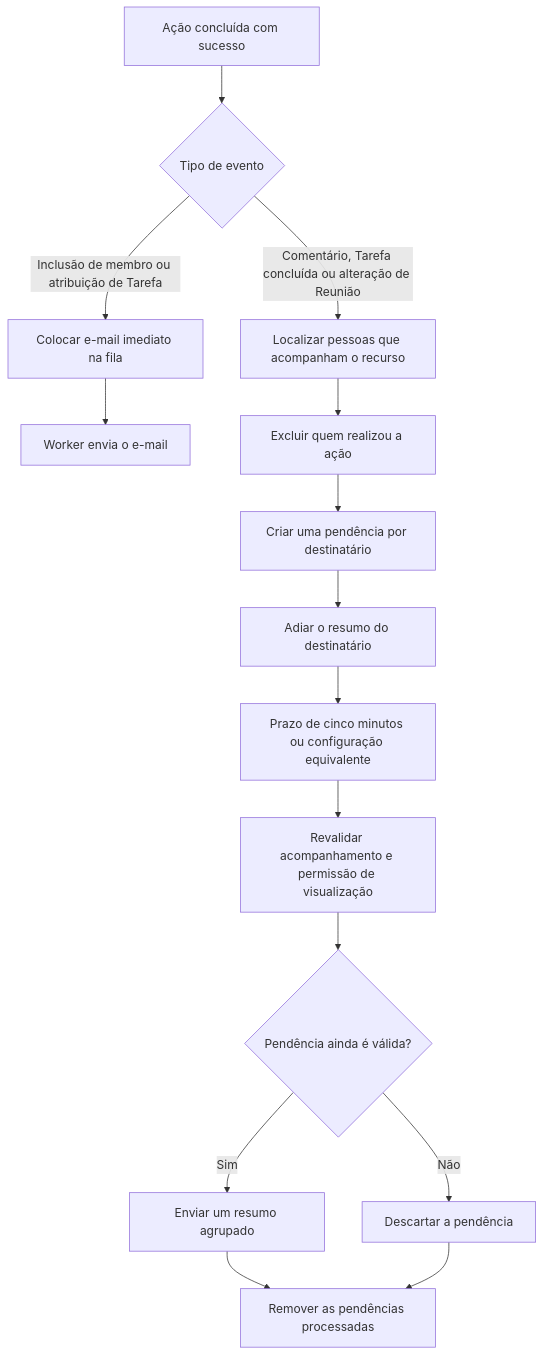
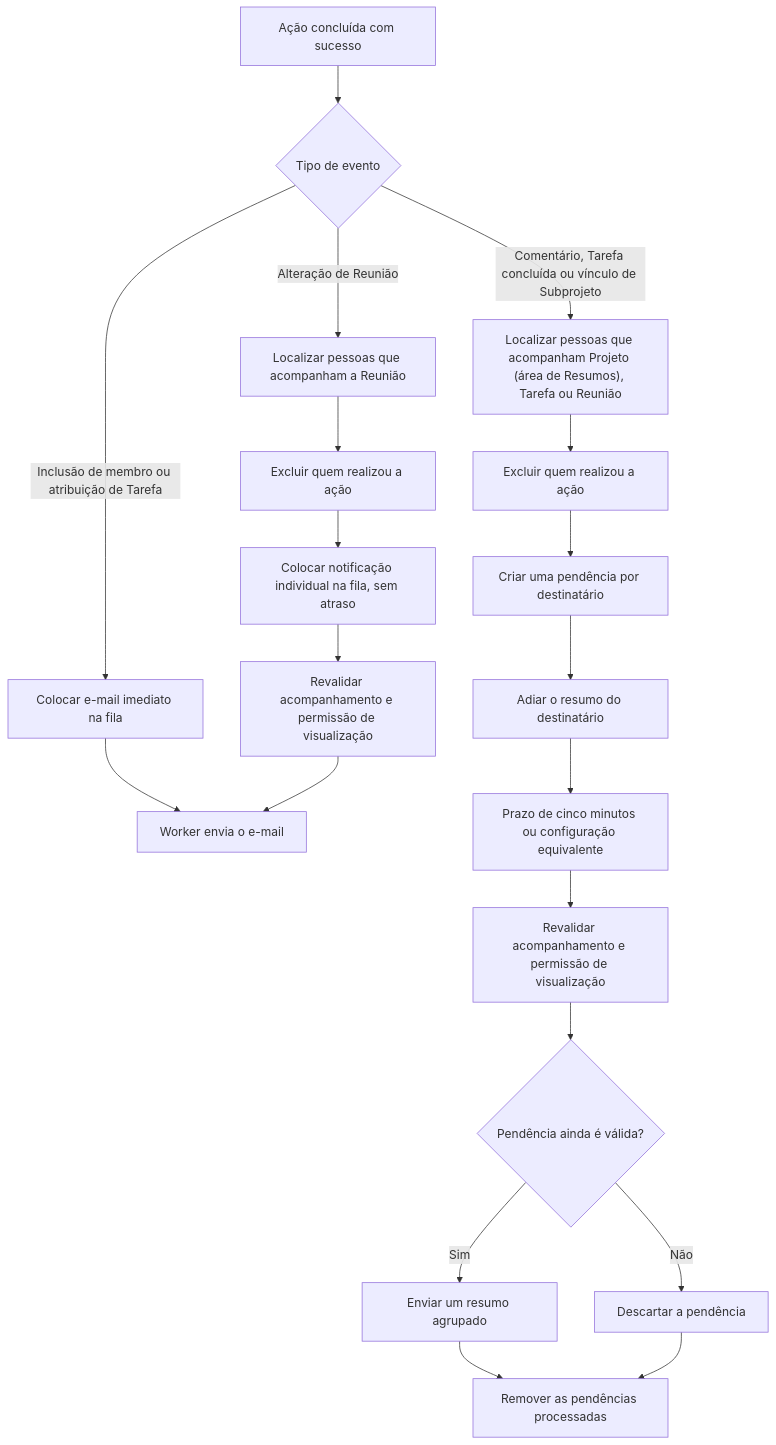
The diagram in docs/user-friendly/email/notificacoes.md (uspdev/gestao-projetos), drawn with Mermaid before and after one commit. The commit also changed other lines of this file and 11 other files, not shown here.

````diff
--- a/docs/user-friendly/email/notificacoes.md
+++ b/docs/user-friendly/email/notificacoes.md
@@ -47,18 +52,24 @@
 ```mermaid
 flowchart TD
     evento["Ação concluída com sucesso"] --> tipo{"Tipo de evento"}
     tipo -->|"Inclusão de membro ou atribuição de Tarefa"| imediato["Colocar e-mail imediato na fila"]
     imediato --> envio["Worker envia o e-mail"]
 
-    tipo -->|"Comentário, Tarefa concluída ou alteração de Reunião"| acompanhamento["Localizar pessoas que acompanham o recurso"]
+    tipo -->|"Alteração de Reunião"| reuniao["Localizar pessoas que acompanham a Reunião"]
+    reuniao --> excluirAutorReuniao["Excluir quem realizou a ação"]
+    excluirAutorReuniao --> imediatoReuniao["Colocar notificação individual na fila, sem atraso"]
+    imediatoReuniao --> revalidarReuniao["Revalidar acompanhamento e permissão de visualização"]
+    revalidarReuniao --> envio
+
+    tipo -->|"Comentário, Tarefa concluída ou vínculo de Subprojeto"| acompanhamento["Localizar pessoas que acompanham Projeto (área de Resumos), Tarefa ou Reunião"]
     acompanhamento --> excluirAutor["Excluir quem realizou a ação"]
     excluirAutor --> pendencia["Criar uma pendência por destinatário"]
     pendencia --> adiar["Adiar o resumo do destinatário"]
     adiar --> prazo["Prazo de cinco minutos ou configuração equivalente"]
     prazo --> revalidar["Revalidar acompanhamento e permissão de visualização"]
     revalidar --> valido{"Pendência ainda é válida?"}
     valido -->|"Sim"| resumo["Enviar um resumo agrupado"]
     valido -->|"Não"| descartar["Descartar a pendência"]
     resumo --> limpar["Remover as pendências processadas"]
     descartar --> limpar
 ```
````
